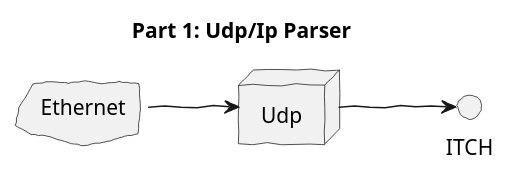
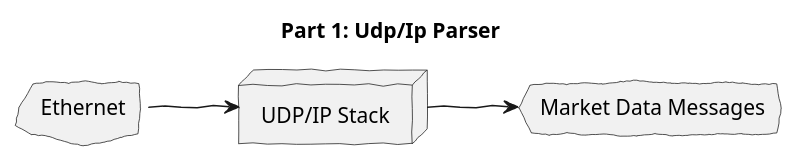
One commit to fpganow/OrderBook changed the diagram in diagrams/Part.1.plantuml. Above: the diagram before and after it, drawn with PlantUML. The commit also changed 7 other files, not shown here.

Commit message:
Moving diagrams to sub-dir

```diff
--- a/diagrams/Part.1.plantuml
+++ b/diagrams/Part.1.plantuml
@@ -1,22 +1,23 @@
 @startuml Part One
 
 title Part 1: Udp/Ip Parser
 
 skinparam handwritten true
 left to right direction
 
 ' Ethernet Data is in the form of:
 ' MII
 ' GMII
 ' SGMII
 skinparam cloud {
     handwritten false
 }
 
 cloud Ethernet
-node Udp
+node "UDP/IP Stack" as Udp
+cloud "Market Data Messages" as Data
 
 Ethernet --> Udp
-Udp --> ITCH
+Udp --> Data
 
 @enduml
```
